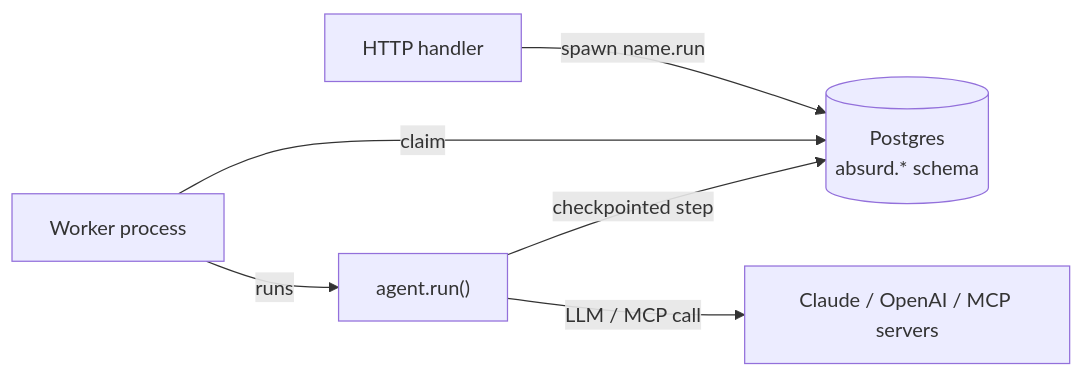
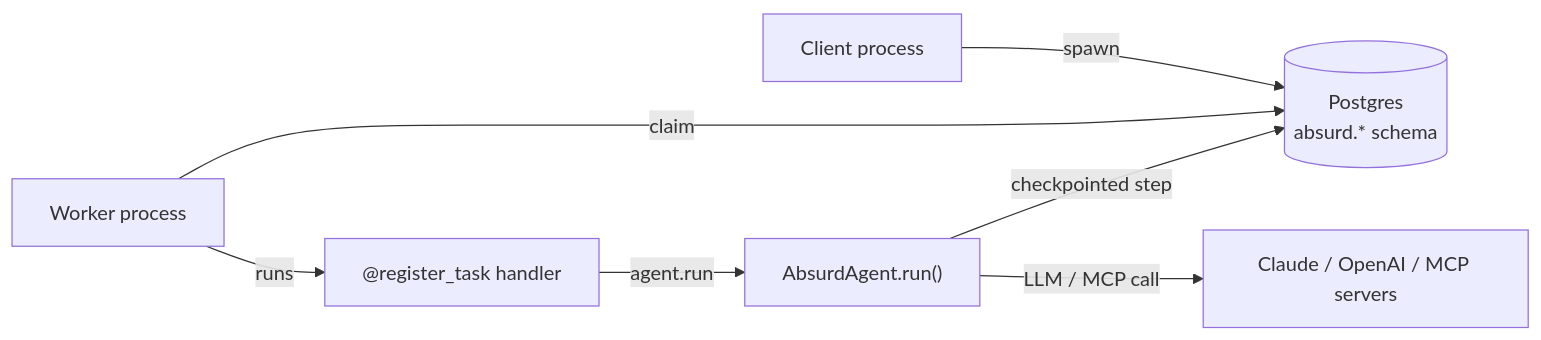
The diagram in README.md (Kludex/pydantic-ai-absurd), drawn with Mermaid before and after one commit. The commit also changed other lines of this file and 4 other files, not shown here.

First line of the commit message:
Drop the auto-registered task; make agent.run() inside a task the pattern

````diff
--- a/README.md
+++ b/README.md
@@ -9,8 +9,9 @@
 ```mermaid
 flowchart LR
-    HTTP[HTTP handler] -->|spawn name.run| Absurd[(Postgres<br/>absurd.* schema)]
+    Client[Client process] -->|spawn| Absurd[(Postgres<br/>absurd.* schema)]
     Worker[Worker process] -->|claim| Absurd
-    Worker -->|runs| Run["agent.run()"]
+    Worker -->|runs| Task["@register_task handler"]
+    Task -->|agent.run| Run["AbsurdAgent.run()"]
     Run -->|checkpointed step| Absurd
     Run -->|LLM / MCP call| LLM[Claude / OpenAI / MCP servers]
 ```
````
